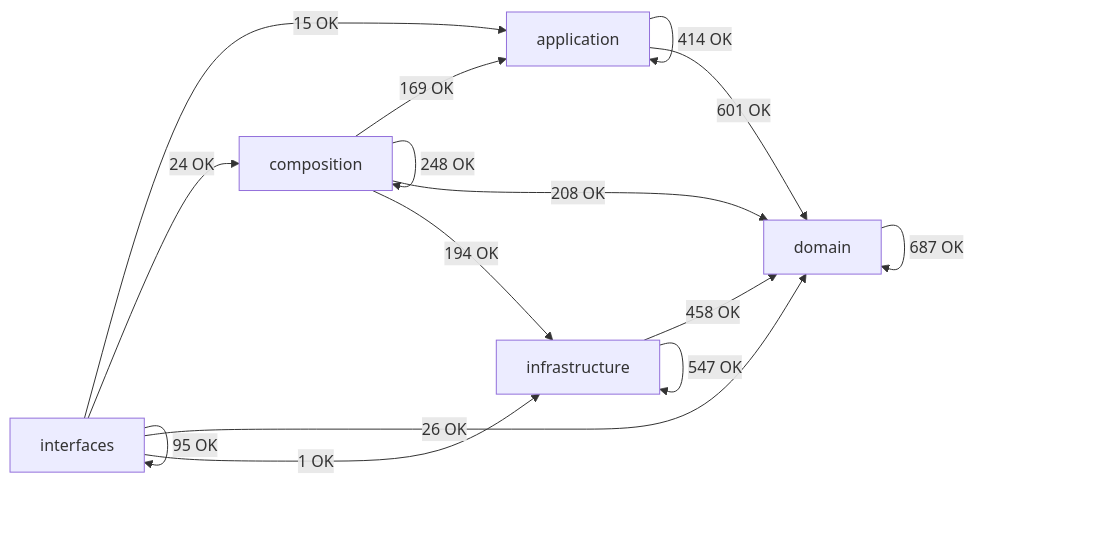
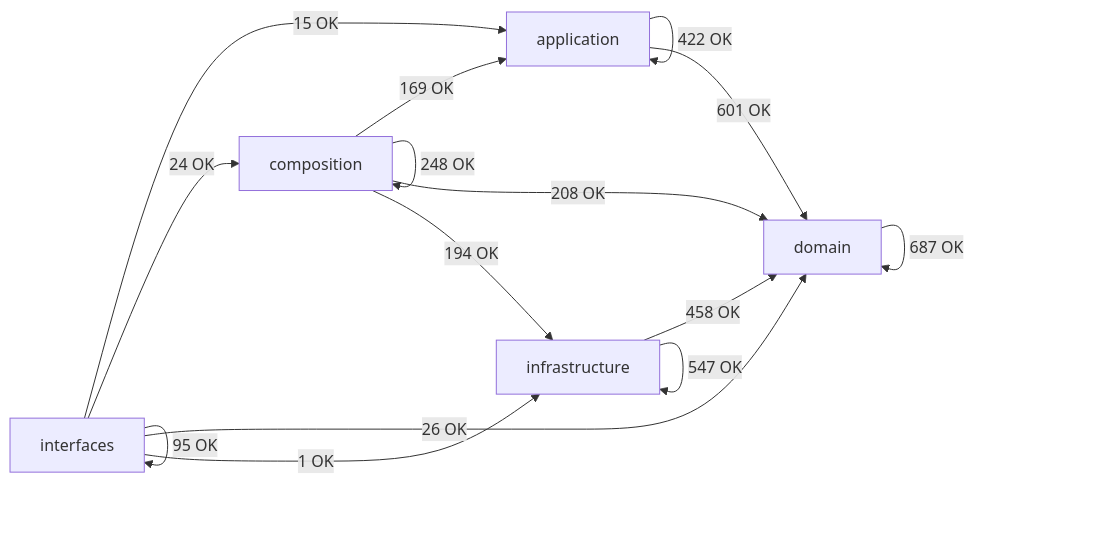
One commit to SatoryKono/BioactivityDataAcquisition changed the diagram in docs/02-architecture/generated/module-dependency-map.md. Above: the diagram before and after it, drawn with Mermaid. The commit also changed other lines of this file and 56 other files, not shown here.

````diff
--- a/docs/02-architecture/generated/module-dependency-map.md
+++ b/docs/02-architecture/generated/module-dependency-map.md
@@ -16,22 +16,22 @@
 ```mermaid
 flowchart LR
     domain[domain]
     application[application]
     infrastructure[infrastructure]
     composition[composition]
     interfaces[interfaces]
-    application -->|414 OK| application
+    application -->|422 OK| application
     application -->|601 OK| domain
     composition -->|169 OK| application
     composition -->|248 OK| composition
     composition -->|208 OK| domain
     composition -->|194 OK| infrastructure
     domain -->|687 OK| domain
     infrastructure -->|458 OK| domain
     infrastructure -->|547 OK| infrastructure
     interfaces -->|15 OK| application
     interfaces -->|24 OK| composition
     interfaces -->|26 OK| domain
     interfaces -->|1 OK| infrastructure
     interfaces -->|95 OK| interfaces
 ```
````
